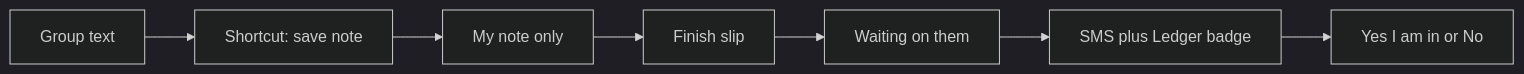
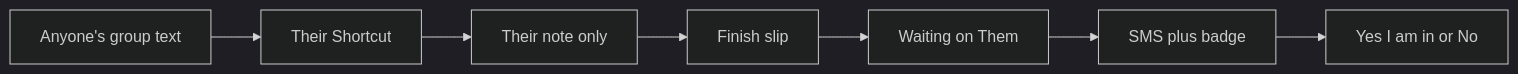
The diagram in docs/plans/ledger_compose_and_alerts.md (slabslip/cuckle-trade-tracker), drawn with Mermaid (dark theme) before and after one commit. The commit also changed other lines of this file and 6 other files, not shown here.

````diff
--- a/docs/plans/ledger_compose_and_alerts.md
+++ b/docs/plans/ledger_compose_and_alerts.md
@@ -11,12 +13,12 @@
 ```mermaid
 flowchart LR
-  txt[Group text]
-  sc[Shortcut: save note]
-  draft[My note only]
+  txt[Anyone's group text]
+  sc[Their Shortcut]
+  draft[Their note only]
   finish[Finish slip]
-  sent[Waiting on them]
-  sms[SMS plus Ledger badge]
+  sent[Waiting on Them]
+  sms[SMS plus badge]
   yes[Yes I am in or No]
   txt --> sc --> draft --> finish --> sent
   sent --> sms --> yes
 ```
````
